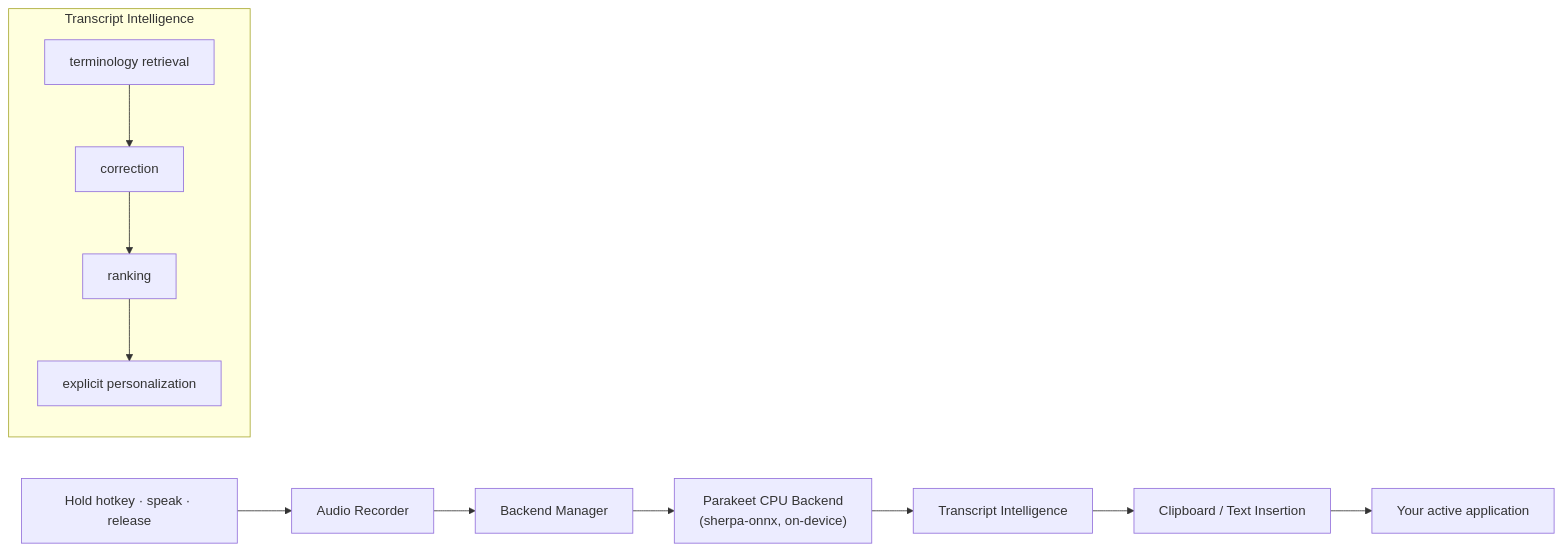
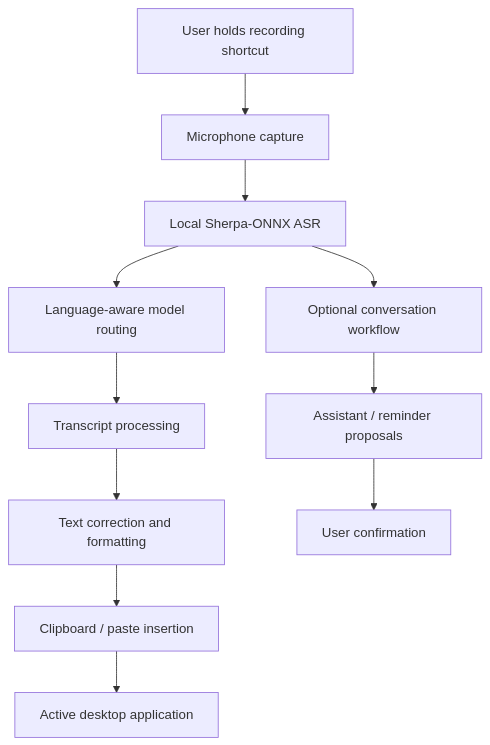
Before and after one commit to SolvyrEryx/SayIt: the diagram in README.md, drawn with Mermaid. The commit also changed other lines of this file and 121 other files, not shown here.

````diff
--- a/README.md
+++ b/README.md
@@ -78,14 +202,14 @@
 ```mermaid
-flowchart LR
-    A["Hold hotkey · speak · release"] --> B[Audio Recorder]
-    B --> C[Backend Manager]
-    C --> D["Parakeet CPU Backend<br/>(sherpa-onnx, on-device)"]
-    D --> E[Transcript Intelligence]
-    E --> F[Clipboard / Text Insertion]
-    F --> G[Your active application]
-   subgraph TI [Transcript Intelligence]
-      E1[terminology retrieval] --> E2[correction]
-      E2 --> E3[ranking]
-      E3 --> E4[explicit personalization]
-    end
+flowchart TD
+    A["User holds recording shortcut"] --> B["Microphone capture"]
+    B --> C["Local Sherpa-ONNX ASR"]
+    C --> D["Language-aware model routing"]
+    D --> E["Transcript processing"]
+    E --> F["Text correction and formatting"]
+    F --> G["Clipboard / paste insertion"]
+    G --> H["Active desktop application"]
+
+    C --> I["Optional conversation workflow"]
+    I --> J["Assistant / reminder proposals"]
+    J --> K["User confirmation"]
 ```
````
